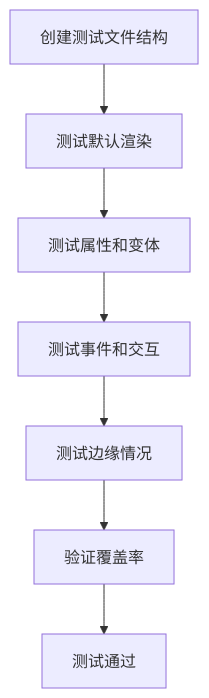
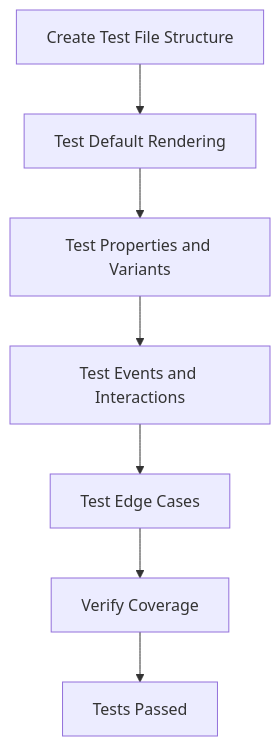
One commit to mastergo-design/mastergo-magic-mcp changed the fourth of 5 diagrams in src/markdown/component-workflow.md. Above: the diagram before and after it, drawn with Mermaid. The commit also changed other lines of this file and 1 other file, not shown here.

````diff
--- a/src/markdown/component-workflow.md
+++ b/src/markdown/component-workflow.md
@@ -101,9 +101,9 @@
 ```mermaid
 graph TD
-    C1[创建测试文件结构] --> C2[测试默认渲染]
-    C2 --> C3[测试属性和变体]
-    C3 --> C4[测试事件和交互]
-    C4 --> C5[测试边缘情况]
-    C5 --> C6[验证覆盖率]
-    C6 --> C7[测试通过]
+    C1[Create Test File Structure] --> C2[Test Default Rendering]
+    C2 --> C3[Test Properties and Variants]
+    C3 --> C4[Test Events and Interactions]
+    C4 --> C5[Test Edge Cases]
+    C5 --> C6[Verify Coverage]
+    C6 --> C7[Tests Passed]
 ```
````
